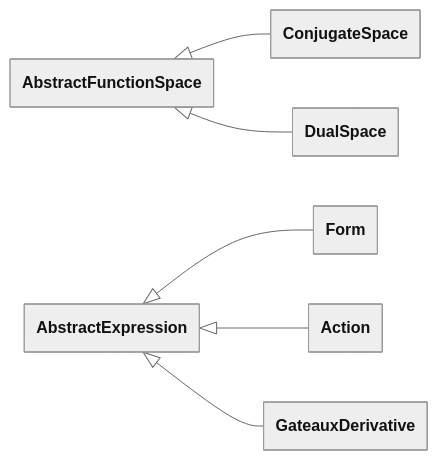
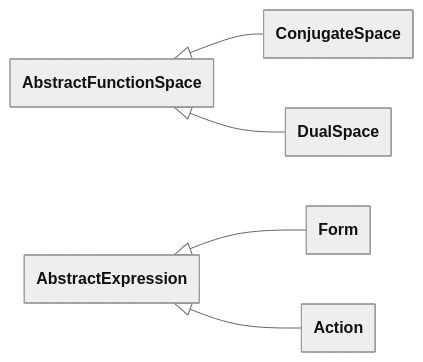
One commit to FEniCS/uflx changed diagram 12 of 12 in design/language.md. Above: the diagram before and after it, drawn with Mermaid. The commit also changed other lines of this file, not shown here.

Commit message:
Remove GateauxDerivative node.

````diff
--- a/design/language.md
+++ b/design/language.md
@@ -4393,19 +4380,18 @@
 ```mermaid
 ---
 config:
   theme: neutral
   look: classic
   class:
     theme: neutral
     look: classic
     hideEmptyMembersBox: true
 ---
 classDiagram
     direction LR
     accTitle: Variational forms class hierarchy
     AbstractFunctionSpace <|-- ConjugateSpace
     AbstractFunctionSpace <|-- DualSpace
     AbstractExpression <|-- Form
     AbstractExpression <|-- Action
-    AbstractExpression <|-- GateauxDerivative
 ```
````
